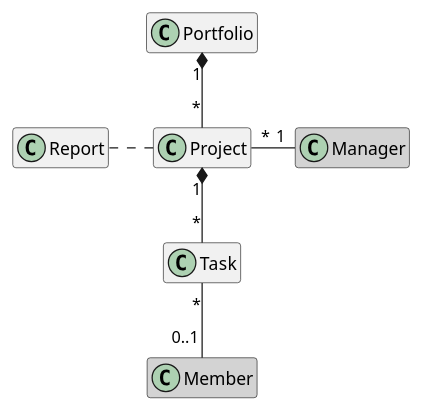
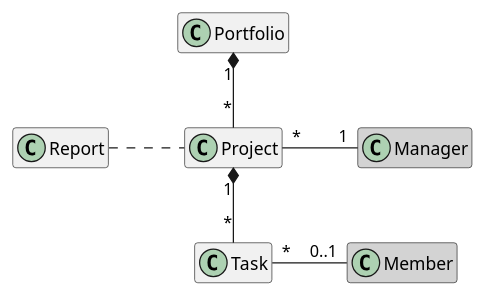
The diagram in src/03_0_structure.puml (mosser/ood-dojo), drawn with PlantUML before and after one commit. The commit also changed 12 other files, not shown here.

```diff
--- a/src/03_0_structure.puml
+++ b/src/03_0_structure.puml
@@ -1,23 +1,25 @@
 @startuml
 
+skinparam nodesep 60
+skinparam ranksep 60
 hide members
 
 skinparam class {
   backgroundColor<<external>> #D3D3D3
 }
 hide stereotypes
 
 class Portfolio
 class Project
 class Task
 class Manager <<external>>
 class Member <<external>>
 class Report
 
 Portfolio "1" *-- "*" Project
 Project "1" *-- "*" Task
 Report . Project
 Project "*" - "1" Manager
-Task "*" -- "0..1" Member
+Task "*" - "0..1" Member
 
 @enduml
```
